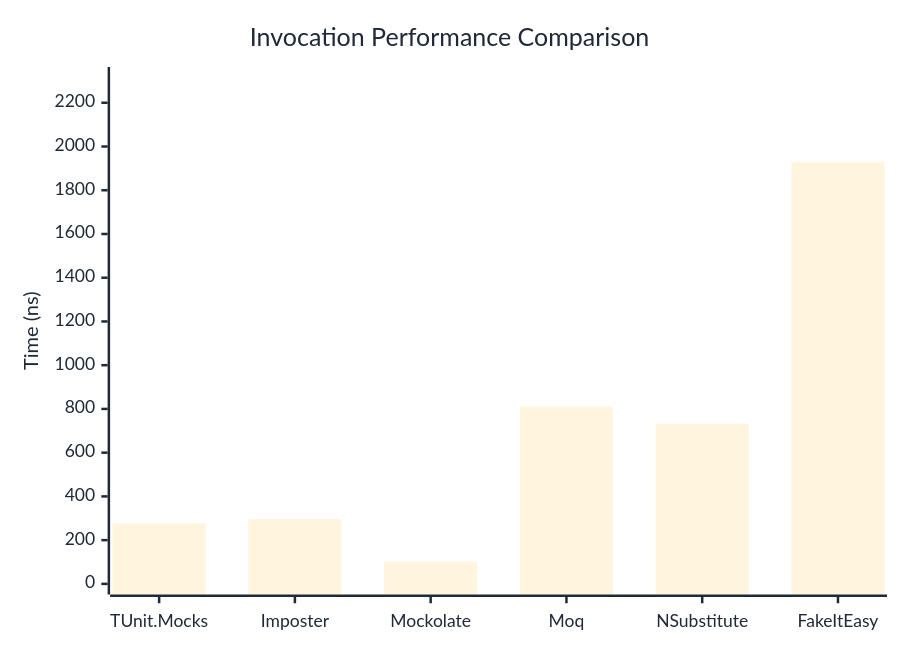
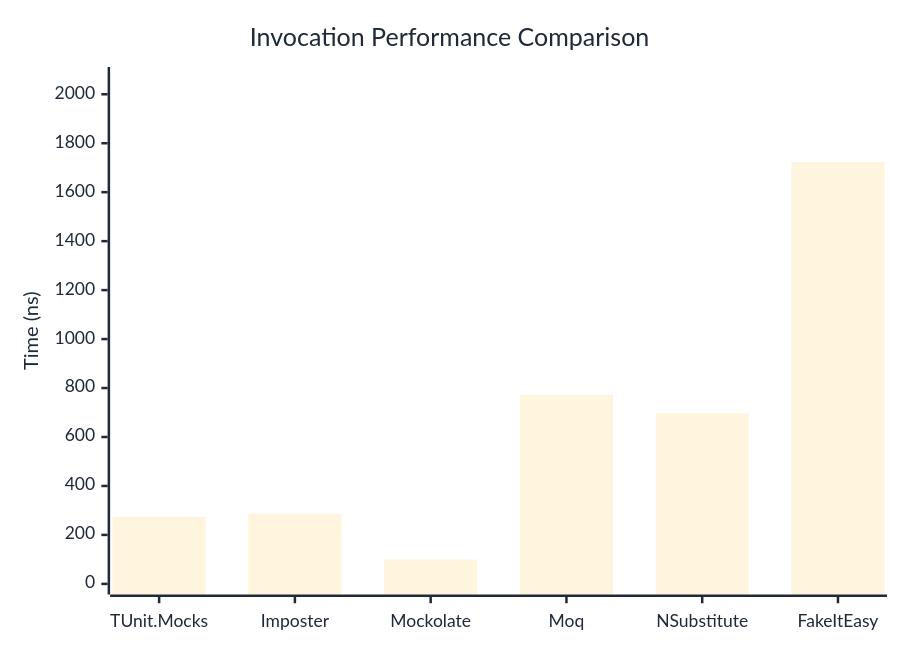
Before and after one commit to thomhurst/TUnit: the first of 3 diagrams in docs/docs/benchmarks/mocks/Invocation.md, drawn with Mermaid. The commit also changed other lines of this file and 14 other files, not shown here.

````diff
--- a/docs/docs/benchmarks/mocks/Invocation.md
+++ b/docs/docs/benchmarks/mocks/Invocation.md
@@ -30,27 +30,27 @@
 ```mermaid
 %%{init: {
   'theme':'base',
   'themeVariables': {
     'primaryColor': '#2563eb',
     'primaryTextColor': '#1f2937',
     'primaryBorderColor': '#1e40af',
     'lineColor': '#6b7280',
     'secondaryColor': '#7c3aed',
     'tertiaryColor': '#dc2626',
     'background': '#ffffff',
     'pie1': '#2563eb',
     'pie2': '#7c3aed',
     'pie3': '#dc2626',
     'pie4': '#f59e0b',
     'pie5': '#10b981',
     'pie6': '#06b6d4',
     'pie7': '#ec4899',
     'pie8': '#6366f1'
   }
 }}%%
 xychart-beta
   title "Invocation Performance Comparison"
   x-axis ["TUnit.Mocks", "Imposter", "Mockolate", "Moq", "NSubstitute", "FakeItEasy"]
-  y-axis "Time (ns)" 0 --> 2315
-  bar [276.88, 296.02, 102.02, 810.93, 732.7, 1928.71]
+  y-axis "Time (ns)" 0 --> 2068
+  bar [273.58, 286.95, 99.59, 772.44, 696.61, 1723.05]
 ```
````
